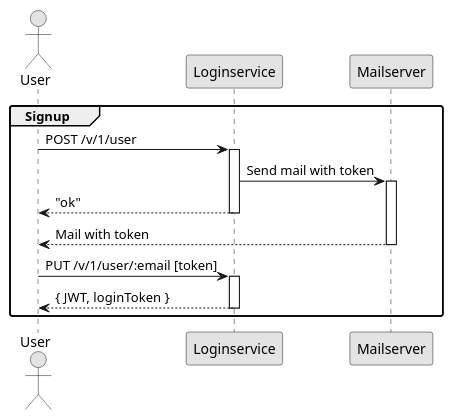
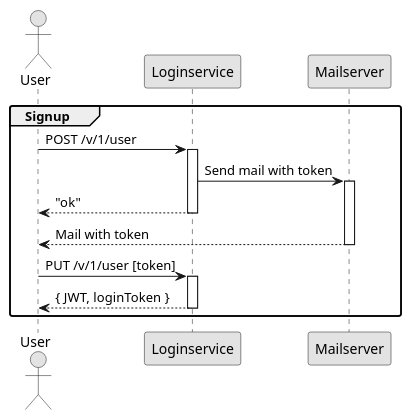
The first of 3 diagrams in README.org (phuhl/apparts-login-server), drawn with PlantUML before and after one commit. The commit also changed other lines of this file and 5 other files, not shown here.

```diff
--- a/README.org
+++ b/README.org
@@ -291,22 +291,22 @@
 #+BEGIN_SRC plantuml :file signup.png :exports results
 skinparam roundcorner 5
 skinparam monochrome true
 skinparam shadowing false
 actor User
 
 group Signup
 User -> Loginservice : POST /v/1/user
 activate Loginservice
 Loginservice -> Mailserver : Send mail with token
 activate Mailserver
 User <-- Loginservice : "ok"
 deactivate Loginservice
 User <-- Mailserver : Mail with token
 deactivate Mailserver
 
-User -> Loginservice : PUT /v/1/user/:email [token]
+User -> Loginservice : PUT /v/1/user [token]
 activate Loginservice
 User <-- Loginservice : { JWT, loginToken }
 deactivate Loginservice
 end
 #+END_SRC
```
